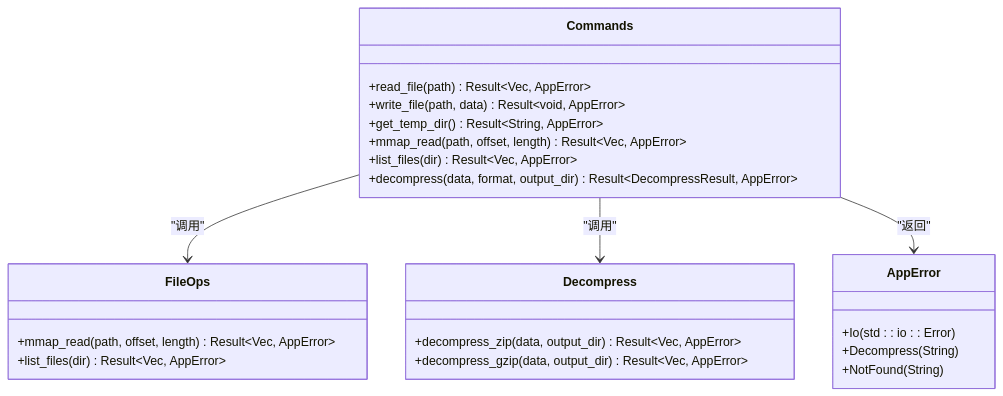
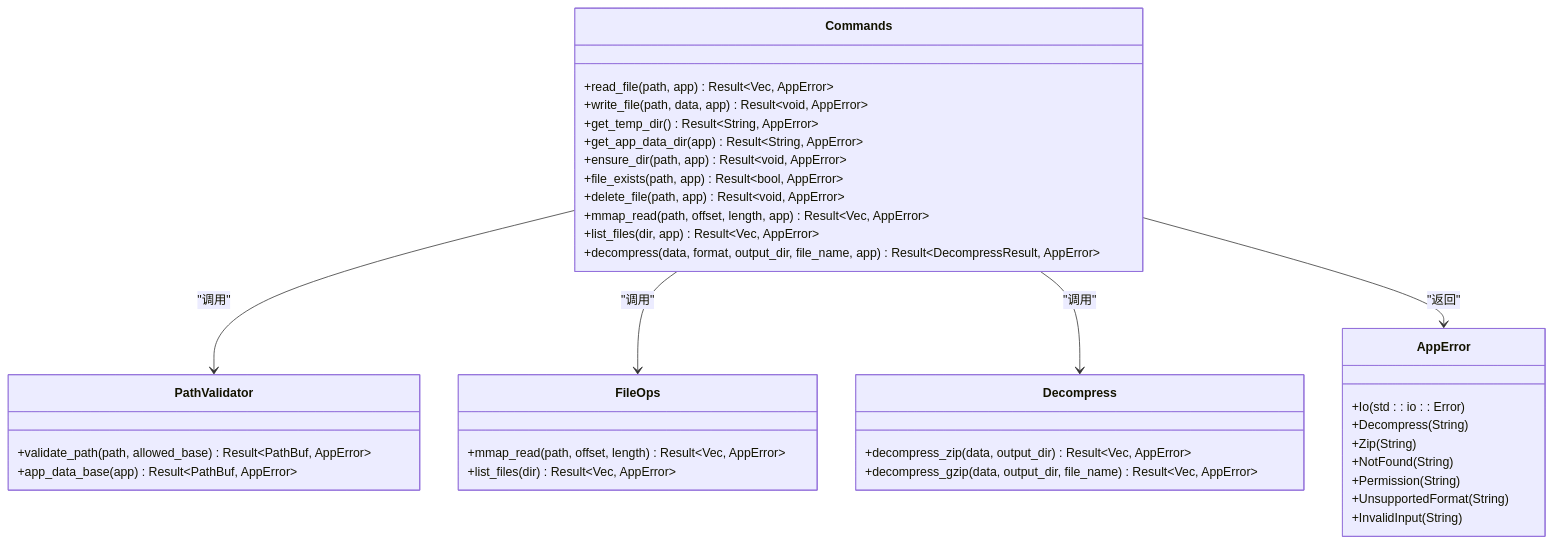
One commit to taoweidong/Hello-Tauri changed the third of 6 diagrams in .qoder/repowiki/zh/content/Tauri 后端/Tauri 后端.md. Above: the diagram before and after it, drawn with Mermaid. The commit also changed other lines of this file and 32 other files, not shown here.

````diff
--- a/.qoder/repowiki/zh/content/Tauri 后端/Tauri 后端.md
+++ b/.qoder/repowiki/zh/content/Tauri 后端/Tauri 后端.md
@@ -143,27 +173,40 @@
 ```mermaid
 classDiagram
 class Commands {
-+read_file(path) Result~Vec<u8>, AppError~
-+write_file(path, data) Result~void, AppError~
++read_file(path, app) Result~Vec<u8>, AppError~
++write_file(path, data, app) Result~void, AppError~
 +get_temp_dir() Result~String, AppError~
-+mmap_read(path, offset, length) Result~Vec<u8>, AppError~
-+list_files(dir) Result~Vec<FileMeta>, AppError~
-+decompress(data, format, output_dir) Result~DecompressResult, AppError~
++get_app_data_dir(app) Result~String, AppError~
++ensure_dir(path, app) Result~void, AppError~
++file_exists(path, app) Result~bool, AppError~
++delete_file(path, app) Result~void, AppError~
++mmap_read(path, offset, length, app) Result~Vec<u8>, AppError~
++list_files(dir, app) Result~Vec<FileMeta>, AppError~
++decompress(data, format, output_dir, file_name, app) Result~DecompressResult, AppError~
+}
+class PathValidator {
++validate_path(path, allowed_base) Result~PathBuf, AppError~
++app_data_base(app) Result~PathBuf, AppError~
 }
 class FileOps {
 +mmap_read(path, offset, length) Result~Vec<u8>, AppError~
 +list_files(dir) Result~Vec<FileMeta>, AppError~
 }
 class Decompress {
 +decompress_zip(data, output_dir) Result~Vec<DecompressedFile>, AppError~
-+decompress_gzip(data, output_dir) Result~Vec<DecompressedFile>, AppError~
++decompress_gzip(data, output_dir, file_name) Result~Vec<DecompressedFile>, AppError~
 }
 class AppError {
 +Io(std : : io : : Error)
 +Decompress(String)
++Zip(String)
 +NotFound(String)
++Permission(String)
++UnsupportedFormat(String)
++InvalidInput(String)
 }
+Commands --> PathValidator : "调用"
 Commands --> FileOps : "调用"
 Commands --> Decompress : "调用"
 Commands --> AppError : "返回"
 ```
````
